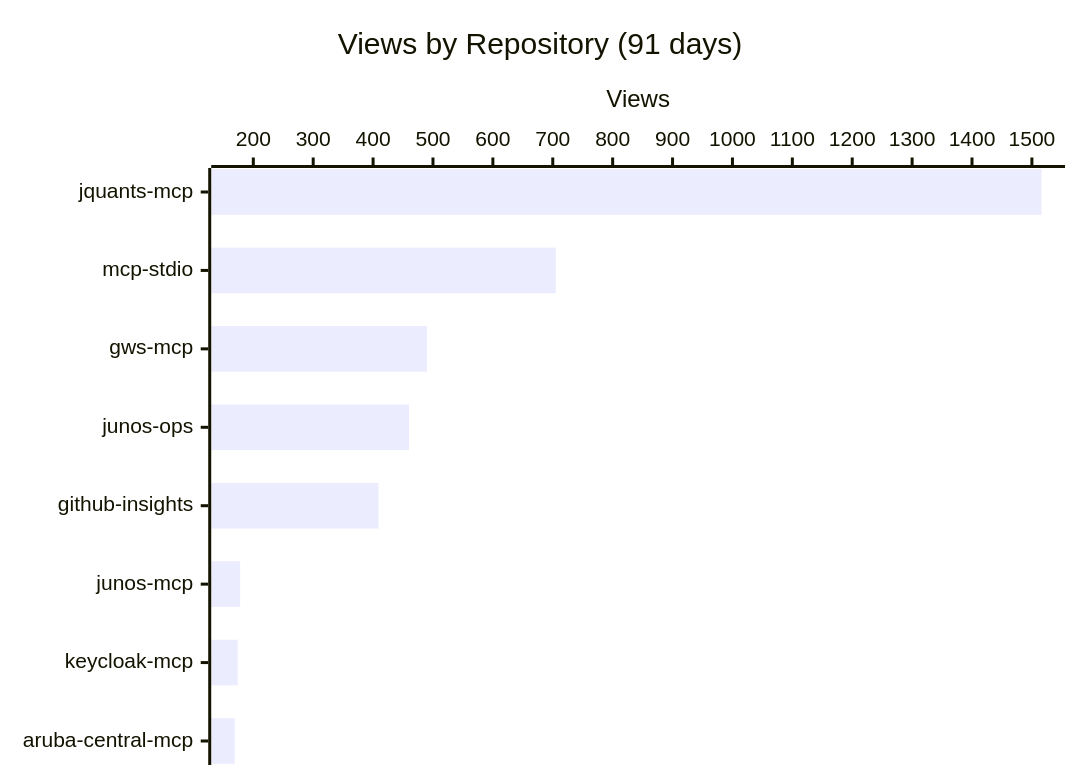
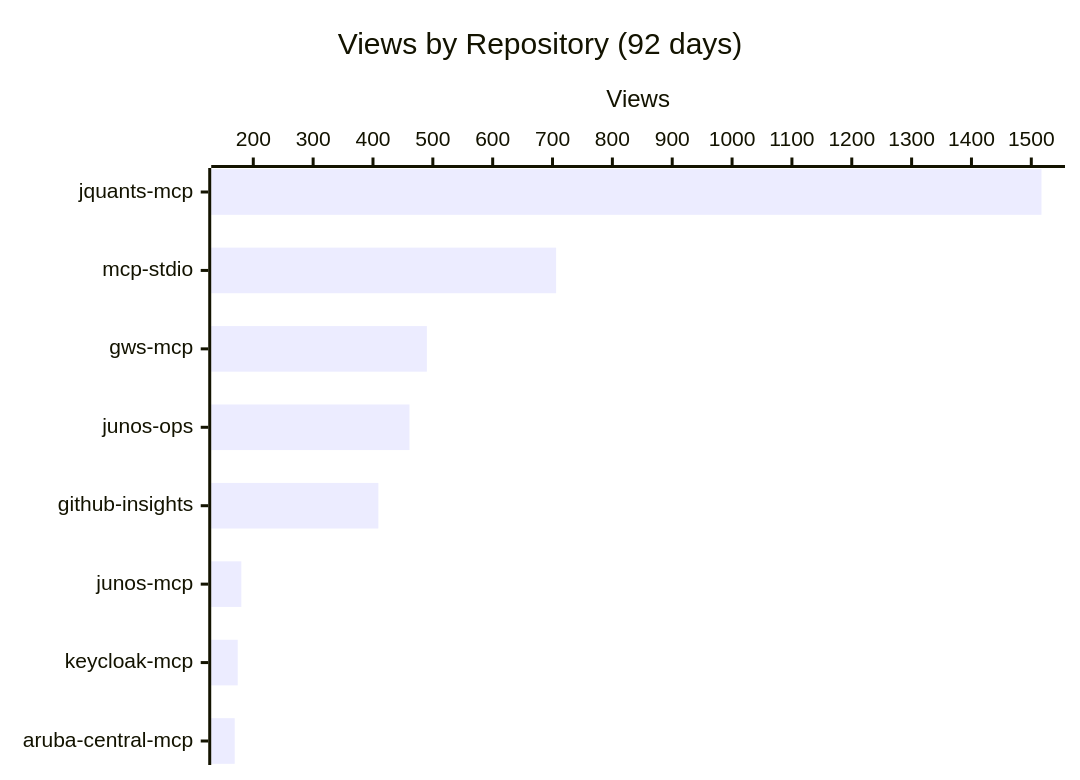
The first of 3 diagrams in README.md (shigechika/github-insights), drawn with Mermaid before and after one commit. The commit also changed other lines of this file and 2 other files, not shown here.

````diff
--- a/README.md
+++ b/README.md
@@ -18,7 +18,7 @@
 ```mermaid
 xychart-beta horizontal
-    title "Views by Repository (91 days)"
+    title "Views by Repository (92 days)"
     x-axis ["jquants-mcp", "mcp-stdio", "gws-mcp", "junos-ops", "github-insights", "junos-mcp", "keycloak-mcp", "aruba-central-mcp"]
     y-axis "Views"
-    bar [1516, 705, 490, 460, 409, 178, 174, 169]
+    bar [1517, 706, 490, 461, 409, 180, 174, 169]
 ```
````
